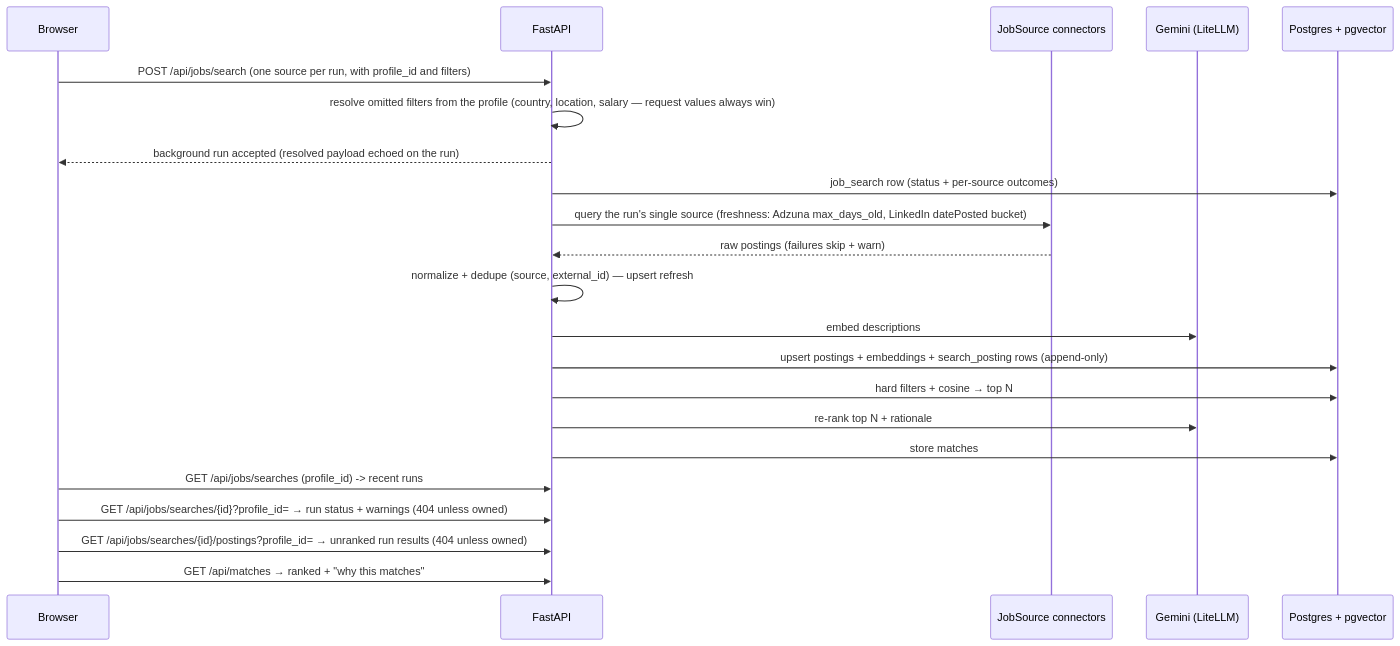
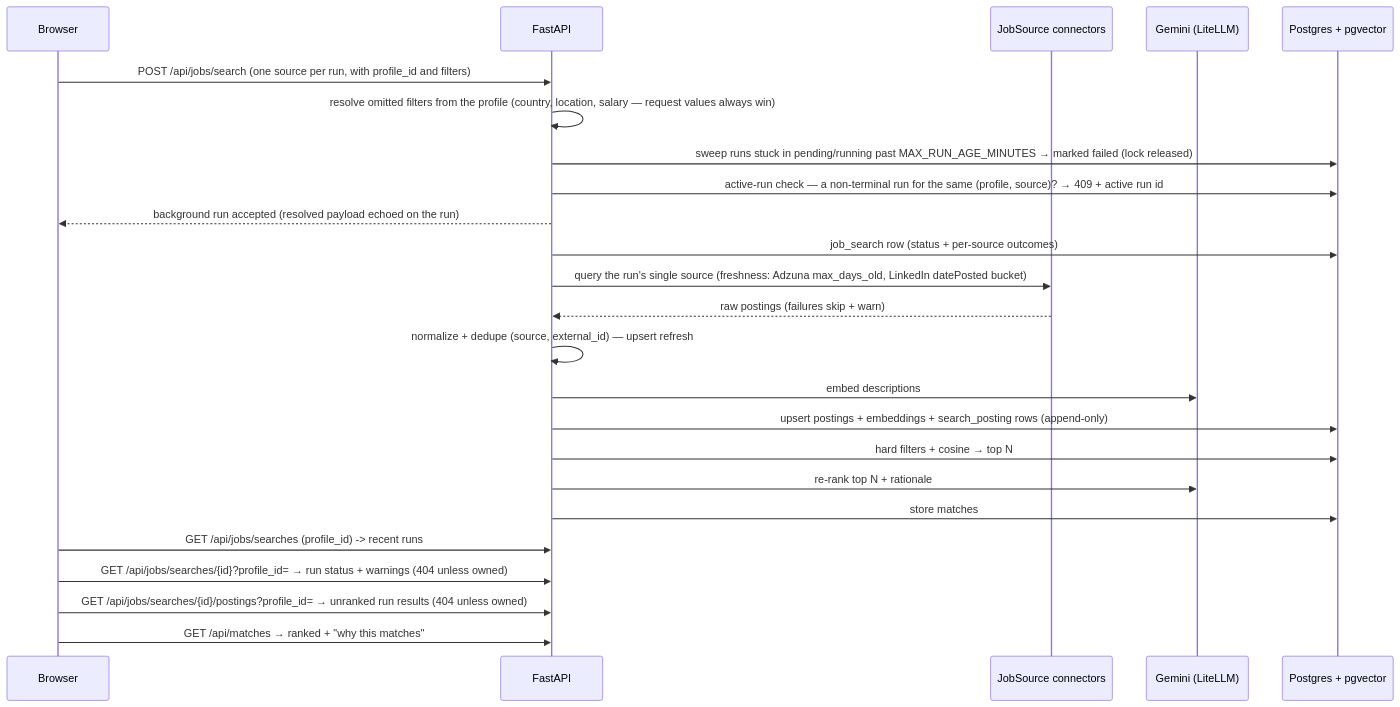
The third of 4 diagrams in docs/architecture.md (MSVhora/ai_job_assistant), drawn with Mermaid before and after one commit. The commit also changed other lines of this file and 22 other files, not shown here.

Commit message:
feat(v4/36): one active run per (profile, source) — partial unique index, 409 with active run id, stale-run sweeper

````diff
--- a/docs/architecture.md
+++ b/docs/architecture.md
@@ -98,25 +98,27 @@
 ```mermaid
 sequenceDiagram
     participant B as Browser
     participant A as FastAPI
     participant C as JobSource connectors
     participant G as Gemini (LiteLLM)
     participant D as Postgres + pgvector
 
     B->>A: POST /api/jobs/search (one source per run, with profile_id and filters)
     A->>A: resolve omitted filters from the profile (country, location, salary — request values always win)
+    A->>D: sweep runs stuck in pending/running past MAX_RUN_AGE_MINUTES → marked failed (lock released)
+    A->>D: active-run check — a non-terminal run for the same (profile, source)? → 409 + active run id
     A-->>B: background run accepted (resolved payload echoed on the run)
     A->>D: job_search row (status + per-source outcomes)
     A->>C: query the run's single source (freshness: Adzuna max_days_old, LinkedIn datePosted bucket)
     C-->>A: raw postings (failures skip + warn)
     A->>A: normalize + dedupe (source, external_id) — upsert refresh
     A->>G: embed descriptions
     A->>D: upsert postings + embeddings + search_posting rows (append-only)
     A->>D: hard filters + cosine → top N
     A->>G: re-rank top N + rationale
     A->>D: store matches
     B->>A: GET /api/jobs/searches (profile_id) -> recent runs
     B->>A: GET /api/jobs/searches/{id}?profile_id= → run status + warnings (404 unless owned)
     B->>A: GET /api/jobs/searches/{id}/postings?profile_id= → unranked run results (404 unless owned)
     B->>A: GET /api/matches → ranked + "why this matches"
 ```
````
